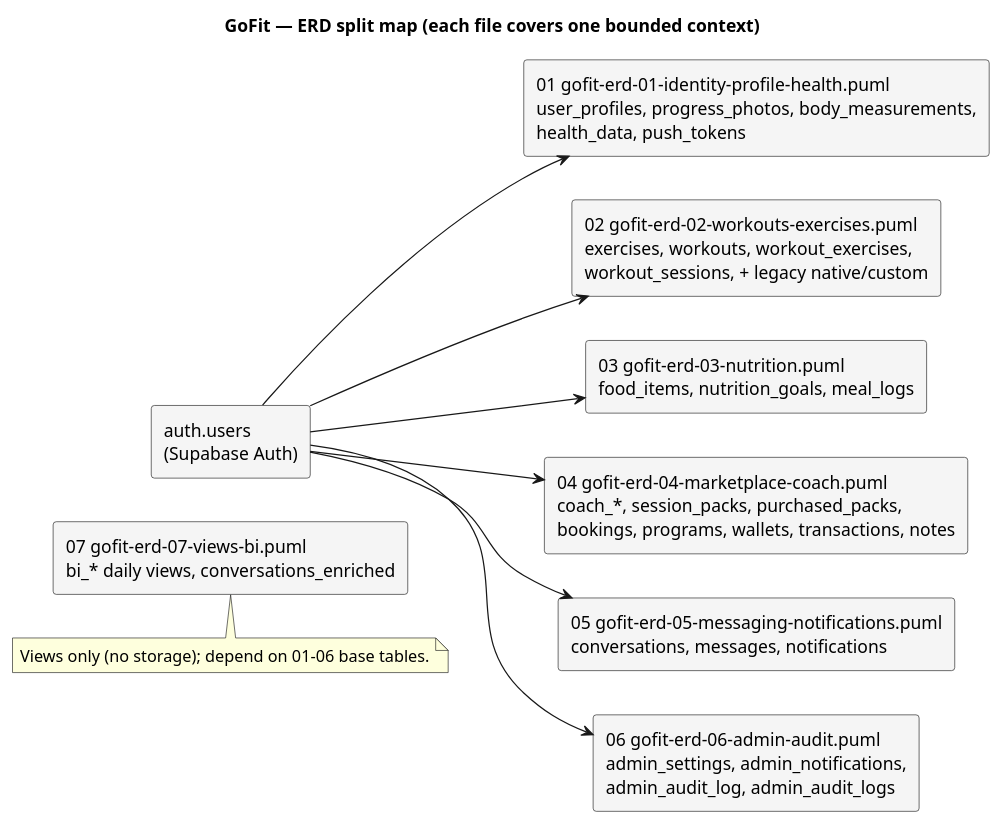
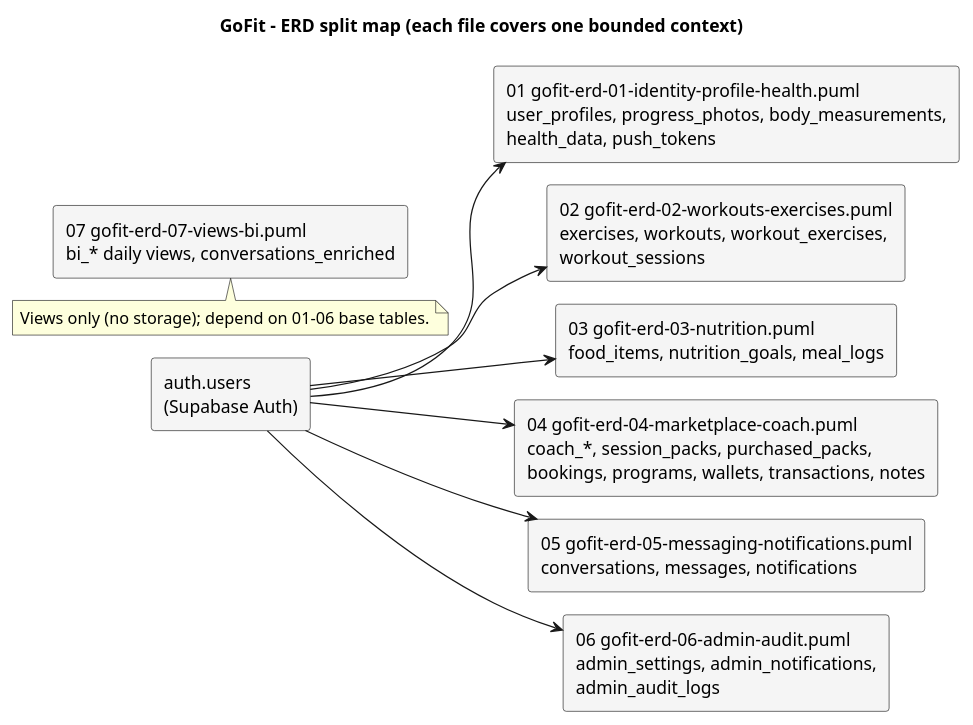
Before and after one commit to yessineblanco/GoFitFull: the diagram in docs/diagrams/gofit-erd-00-overview.puml, drawn with PlantUML. The commit also changed 17 other files, not shown here.

First line of the commit message:
feat: update diagrams and settings for improved visualization and functionality

```diff
--- a/docs/diagrams/gofit-erd-00-overview.puml
+++ b/docs/diagrams/gofit-erd-00-overview.puml
@@ -1,31 +1,32 @@
 @startuml GoFit_ERD_Overview
-title GoFit — ERD split map (each file covers one bounded context)
+!pragma layout smetana
+title GoFit - ERD split map (each file covers one bounded context)
 
 hide circle
 left to right direction
 skinparam rectangle {
   BackgroundColor #F5F5F5
 }
 
 rectangle "auth.users\n(Supabase Auth)" as Auth
 
 rectangle "01 gofit-erd-01-identity-profile-health.puml\nuser_profiles, progress_photos, body_measurements,\nhealth_data, push_tokens" as F01
-rectangle "02 gofit-erd-02-workouts-exercises.puml\nexercises, workouts, workout_exercises,\nworkout_sessions, + legacy native/custom" as F02
+rectangle "02 gofit-erd-02-workouts-exercises.puml\nexercises, workouts, workout_exercises,\nworkout_sessions" as F02
 rectangle "03 gofit-erd-03-nutrition.puml\nfood_items, nutrition_goals, meal_logs" as F03
 rectangle "04 gofit-erd-04-marketplace-coach.puml\ncoach_*, session_packs, purchased_packs,\nbookings, programs, wallets, transactions, notes" as F04
 rectangle "05 gofit-erd-05-messaging-notifications.puml\nconversations, messages, notifications" as F05
-rectangle "06 gofit-erd-06-admin-audit.puml\nadmin_settings, admin_notifications,\nadmin_audit_log, admin_audit_logs" as F06
+rectangle "06 gofit-erd-06-admin-audit.puml\nadmin_settings, admin_notifications,\nadmin_audit_logs" as F06
 rectangle "07 gofit-erd-07-views-bi.puml\nbi_* daily views, conversations_enriched" as F07
 
 Auth -down-> F01
 Auth -down-> F02
 Auth -down-> F03
 Auth -down-> F04
 Auth -down-> F05
 Auth -down-> F06
 
 note bottom of F07
-  Views only (no storage); depend on 01–06 base tables.
+  Views only (no storage); depend on 01-06 base tables.
 end note
 
 @enduml
```
